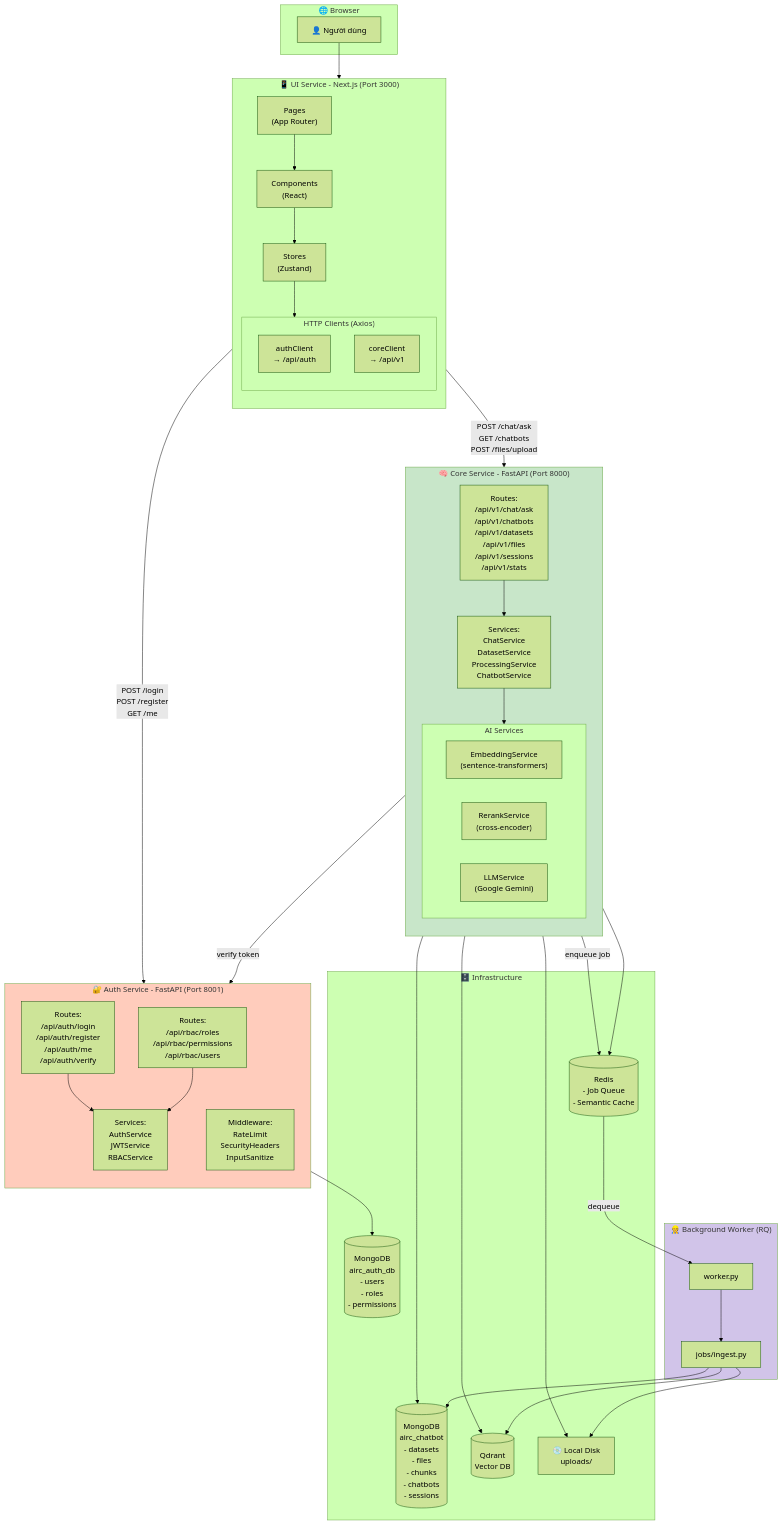
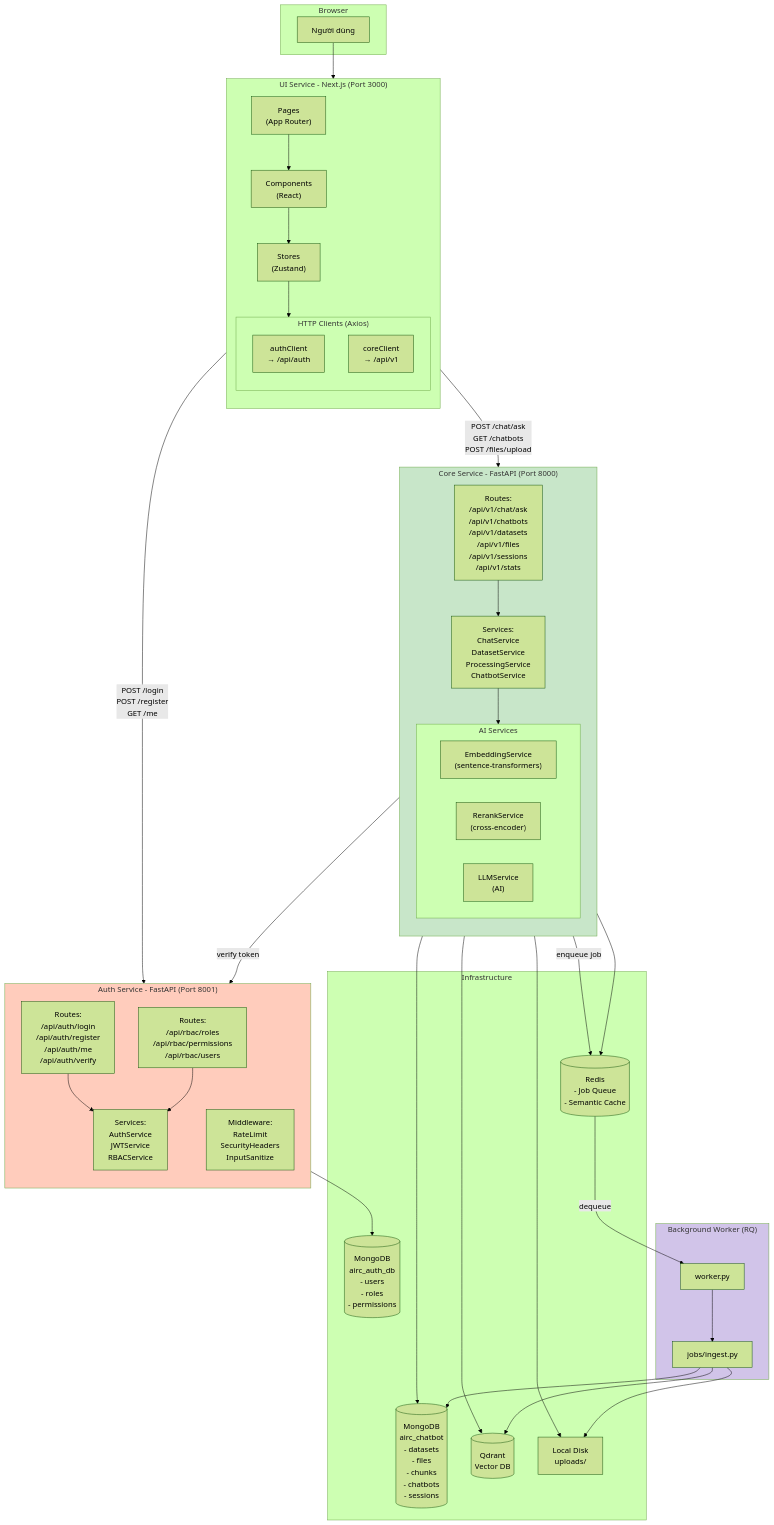
Before and after one commit to hoclaptrinh33/chatbot: the first of 12 diagrams in document/System_Flow_Diagrams.md, drawn with Mermaid (forest theme). The commit also changed other lines of this file and 150 other files, not shown here.

````diff
--- a/document/System_Flow_Diagrams.md
+++ b/document/System_Flow_Diagrams.md
@@ -38,82 +38,82 @@
 ```mermaid
 flowchart TB
-    subgraph BROWSER["🌐 Browser"]
-        USER["👤 Người dùng"]
-    end
+ subgraph BROWSER["Browser"]
+ USER["Người dùng"]
+ end
 
-    subgraph UI["📱 UI Service - Next.js (Port 3000)"]
-        direction TB
-        PAGES["Pages<br/>(App Router)"]
-        COMPONENTS["Components<br/>(React)"]
-        STORES["Stores<br/>(Zustand)"]
+ subgraph UI["UI Service - Next.js (Port 3000)"]
+ direction TB
+ PAGES["Pages<br/>(App Router)"]
+ COMPONENTS["Components<br/>(React)"]
+ STORES["Stores<br/>(Zustand)"]
 
-        subgraph CLIENTS["HTTP Clients (Axios)"]
-            AUTH_CLIENT["authClient<br/>→ /api/auth"]
-            CORE_CLIENT["coreClient<br/>→ /api/v1"]
-        end
-    end
+ subgraph CLIENTS["HTTP Clients (Axios)"]
+ AUTH_CLIENT["authClient<br/>→ /api/auth"]
+ CORE_CLIENT["coreClient<br/>→ /api/v1"]
+ end
+ end
 
-    subgraph AUTH["🔐 Auth Service - FastAPI (Port 8001)"]
-        direction TB
-        AUTH_ROUTES["Routes:<br/>/api/auth/login<br/>/api/auth/register<br/>/api/auth/me<br/>/api/auth/verify"]
-        RBAC_ROUTES["Routes:<br/>/api/rbac/roles<br/>/api/rbac/permissions<br/>/api/rbac/users"]
-        AUTH_SERVICES["Services:<br/>AuthService<br/>JWTService<br/>RBACService"]
-        AUTH_MIDDLEWARE["Middleware:<br/>RateLimit<br/>SecurityHeaders<br/>InputSanitize"]
-    end
+ subgraph AUTH["Auth Service - FastAPI (Port 8001)"]
+ direction TB
+ AUTH_ROUTES["Routes:<br/>/api/auth/login<br/>/api/auth/register<br/>/api/auth/me<br/>/api/auth/verify"]
+ RBAC_ROUTES["Routes:<br/>/api/rbac/roles<br/>/api/rbac/permissions<br/>/api/rbac/users"]
+ AUTH_SERVICES["Services:<br/>AuthService<br/>JWTService<br/>RBACService"]
+ AUTH_MIDDLEWARE["Middleware:<br/>RateLimit<br/>SecurityHeaders<br/>InputSanitize"]
+ end
 
-    subgraph CORE["🧠 Core Service - FastAPI (Port 8000)"]
-        direction TB
-        CORE_ROUTES["Routes:<br/>/api/v1/chat/ask<br/>/api/v1/chatbots<br/>/api/v1/datasets<br/>/api/v1/files<br/>/api/v1/sessions<br/>/api/v1/stats"]
-        CORE_SERVICES["Services:<br/>ChatService<br/>DatasetService<br/>ProcessingService<br/>ChatbotService"]
+ subgraph CORE["Core Service - FastAPI (Port 8000)"]
+ direction TB
+ CORE_ROUTES["Routes:<br/>/api/v1/chat/ask<br/>/api/v1/chatbots<br/>/api/v1/datasets<br/>/api/v1/files<br/>/api/v1/sessions<br/>/api/v1/stats"]
+ CORE_SERVICES["Services:<br/>ChatService<br/>DatasetService<br/>ProcessingService<br/>ChatbotService"]
 
-        subgraph AI_SERVICES["AI Services"]
-            EMBED["EmbeddingService<br/>(sentence-transformers)"]
-            RERANK["RerankService<br/>(cross-encoder)"]
-            LLM["LLMService<br/>(Google Gemini)"]
-        end
-    end
+ subgraph AI_SERVICES["AI Services"]
+ EMBED["EmbeddingService<br/>(sentence-transformers)"]
+ RERANK["RerankService<br/>(cross-encoder)"]
+ LLM["LLMService<br/>(AI)"]
+ end
+ end
 
-    subgraph WORKER["👷 Background Worker (RQ)"]
-        RQ_WORKER["worker.py"]
-        INGEST_JOB["jobs/ingest.py"]
-    end
+ subgraph WORKER["Background Worker (RQ)"]
+ RQ_WORKER["worker.py"]
+ INGEST_JOB["jobs/ingest.py"]
+ end
 
-    subgraph INFRA["🗄️ Infrastructure"]
-        MONGO_AUTH[("MongoDB<br/>airc_auth_db<br/>- users<br/>- roles<br/>- permissions")]
-        MONGO_CORE[("MongoDB<br/>airc_chatbot<br/>- datasets<br/>- files<br/>- chunks<br/>- chatbots<br/>- sessions")]
-        REDIS[("Redis<br/>- Job Queue<br/>- Semantic Cache")]
-        QDRANT[("Qdrant<br/>Vector DB")]
-        DISK["💿 Local Disk<br/>uploads/"]
-    end
+ subgraph INFRA["Infrastructure"]
+ MONGO_AUTH[("MongoDB<br/>airc_auth_db<br/>- users<br/>- roles<br/>- permissions")]
+ MONGO_CORE[("MongoDB<br/>airc_chatbot<br/>- datasets<br/>- files<br/>- chunks<br/>- chatbots<br/>- sessions")]
+ REDIS[("Redis<br/>- Job Queue<br/>- Semantic Cache")]
+ QDRANT[("Qdrant<br/>Vector DB")]
+ DISK["Local Disk<br/>uploads/"]
+ end
 
-    USER --> PAGES
-    PAGES --> COMPONENTS
-    COMPONENTS --> STORES
-    STORES --> CLIENTS
+ USER --> PAGES
+ PAGES --> COMPONENTS
+ COMPONENTS --> STORES
+ STORES --> CLIENTS
 
-    AUTH_CLIENT -->|"POST /login<br/>POST /register<br/>GET /me"| AUTH_ROUTES
-    CORE_CLIENT -->|"POST /chat/ask<br/>GET /chatbots<br/>POST /files/upload"| CORE_ROUTES
+ AUTH_CLIENT -->|"POST /login<br/>POST /register<br/>GET /me"| AUTH_ROUTES
+ CORE_CLIENT -->|"POST /chat/ask<br/>GET /chatbots<br/>POST /files/upload"| CORE_ROUTES
 
-    AUTH_ROUTES --> AUTH_SERVICES
-    AUTH_SERVICES --> MONGO_AUTH
-    RBAC_ROUTES --> AUTH_SERVICES
+ AUTH_ROUTES --> AUTH_SERVICES
+ AUTH_SERVICES --> MONGO_AUTH
+ RBAC_ROUTES --> AUTH_SERVICES
 
-    CORE_ROUTES -->|"verify token"| AUTH_ROUTES
-    CORE_ROUTES --> CORE_SERVICES
-    CORE_SERVICES --> AI_SERVICES
-    CORE_SERVICES --> MONGO_CORE
-    CORE_SERVICES --> REDIS
-    CORE_SERVICES --> QDRANT
-    CORE_SERVICES --> DISK
+ CORE_ROUTES -->|"verify token"| AUTH_ROUTES
+ CORE_ROUTES --> CORE_SERVICES
+ CORE_SERVICES --> AI_SERVICES
+ CORE_SERVICES --> MONGO_CORE
+ CORE_SERVICES --> REDIS
+ CORE_SERVICES --> QDRANT
+ CORE_SERVICES --> DISK
 
-    CORE_SERVICES -->|"enqueue job"| REDIS
-    REDIS -->|"dequeue"| RQ_WORKER
-    RQ_WORKER --> INGEST_JOB
-    INGEST_JOB --> MONGO_CORE
-    INGEST_JOB --> QDRANT
-    INGEST_JOB --> DISK
+ CORE_SERVICES -->|"enqueue job"| REDIS
+ REDIS -->|"dequeue"| RQ_WORKER
+ RQ_WORKER --> INGEST_JOB
+ INGEST_JOB --> MONGO_CORE
+ INGEST_JOB --> QDRANT
+ INGEST_JOB --> DISK
 
-    style AUTH fill:#ffccbc
-    style CORE fill:#c8e6c9
-    style WORKER fill:#d1c4e9
+ style AUTH fill:#ffccbc
+ style CORE fill:#c8e6c9
+ style WORKER fill:#d1c4e9
 ```
````
